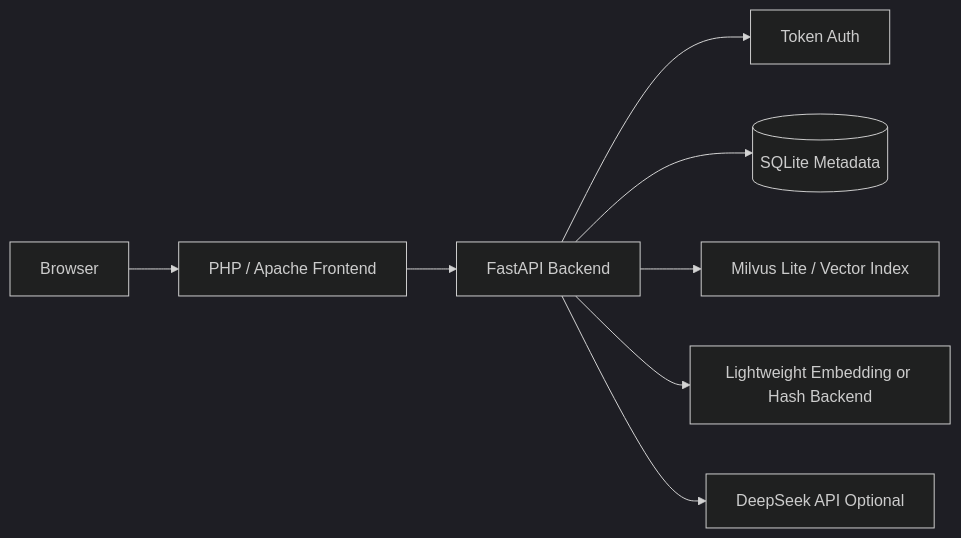
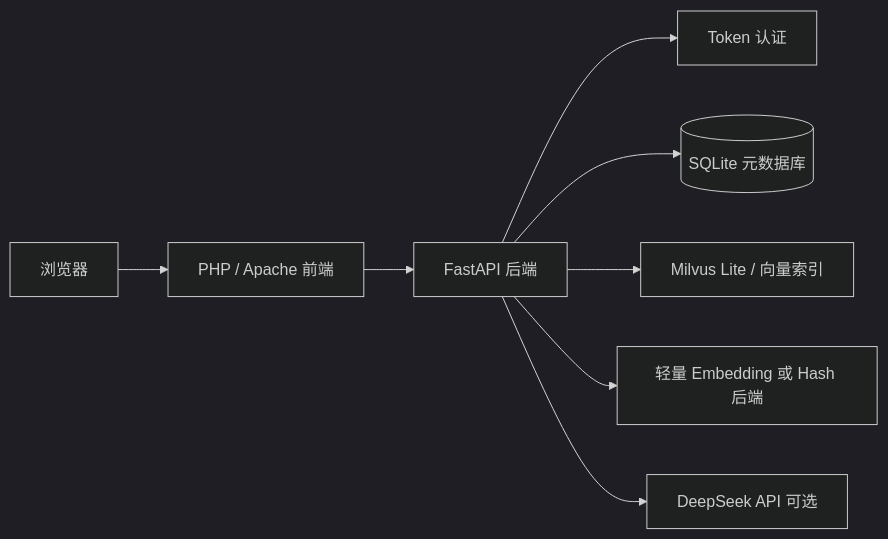
One commit to dazhiruoyu123/jianwei-interview-rag changed the first of 2 diagrams in README.md. Above: the diagram before and after it, drawn with Mermaid (dark theme). The commit also changed other lines of this file, not shown here.

````diff
--- a/README.md
+++ b/README.md
@@ -31,10 +31,10 @@
 ```mermaid
 flowchart LR
-    Browser[Browser] --> Web[PHP / Apache Frontend]
-    Web --> API[FastAPI Backend]
-    API --> Auth[Token Auth]
-    API --> DB[(SQLite Metadata)]
-    API --> Vector[Milvus Lite / Vector Index]
-    API --> Embed[Lightweight Embedding or Hash Backend]
-    API --> LLM[DeepSeek API Optional]
+    Browser[浏览器] --> Web[PHP / Apache 前端]
+    Web --> API[FastAPI 后端]
+    API --> Auth[Token 认证]
+    API --> DB[(SQLite 元数据库)]
+    API --> Vector[Milvus Lite / 向量索引]
+    API --> Embed[轻量 Embedding 或 Hash 后端]
+    API --> LLM[DeepSeek API 可选]
 ```
````
